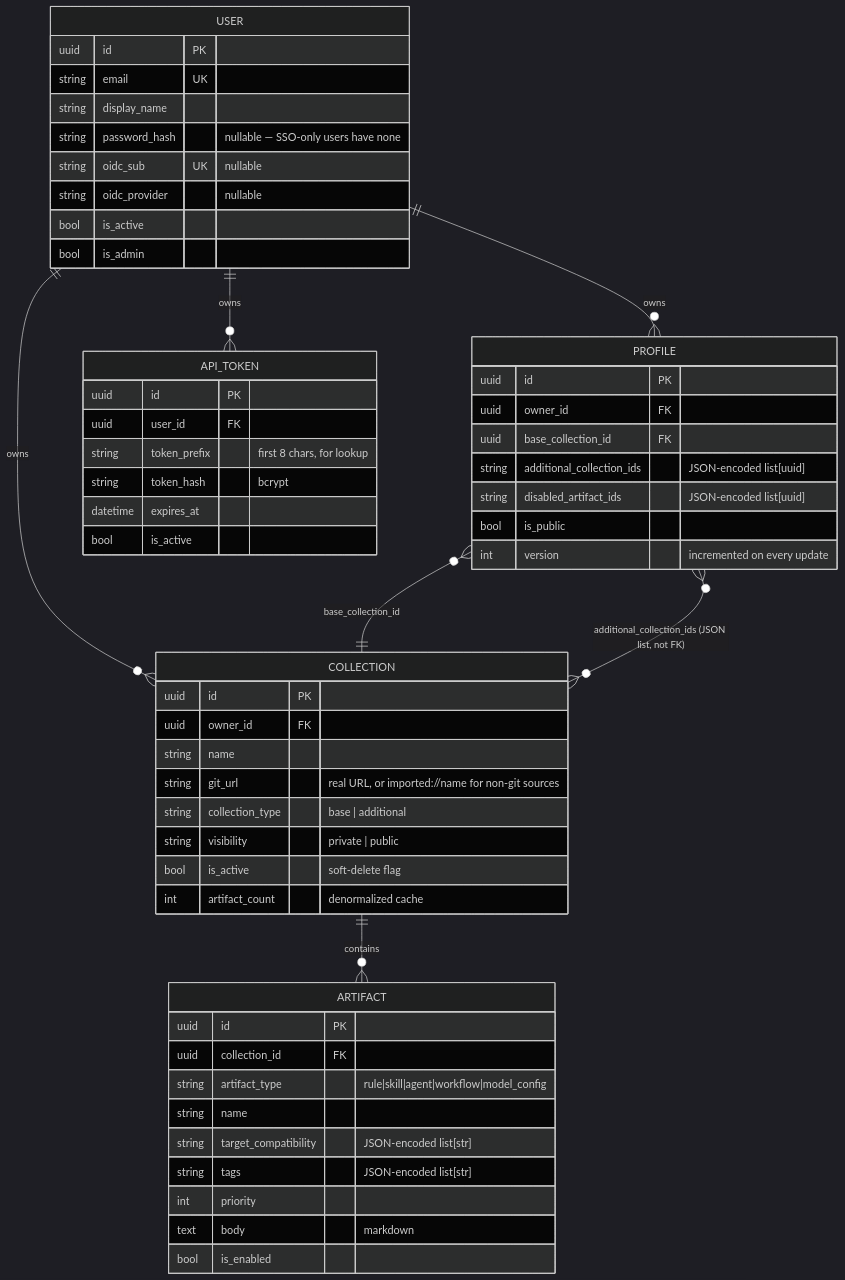
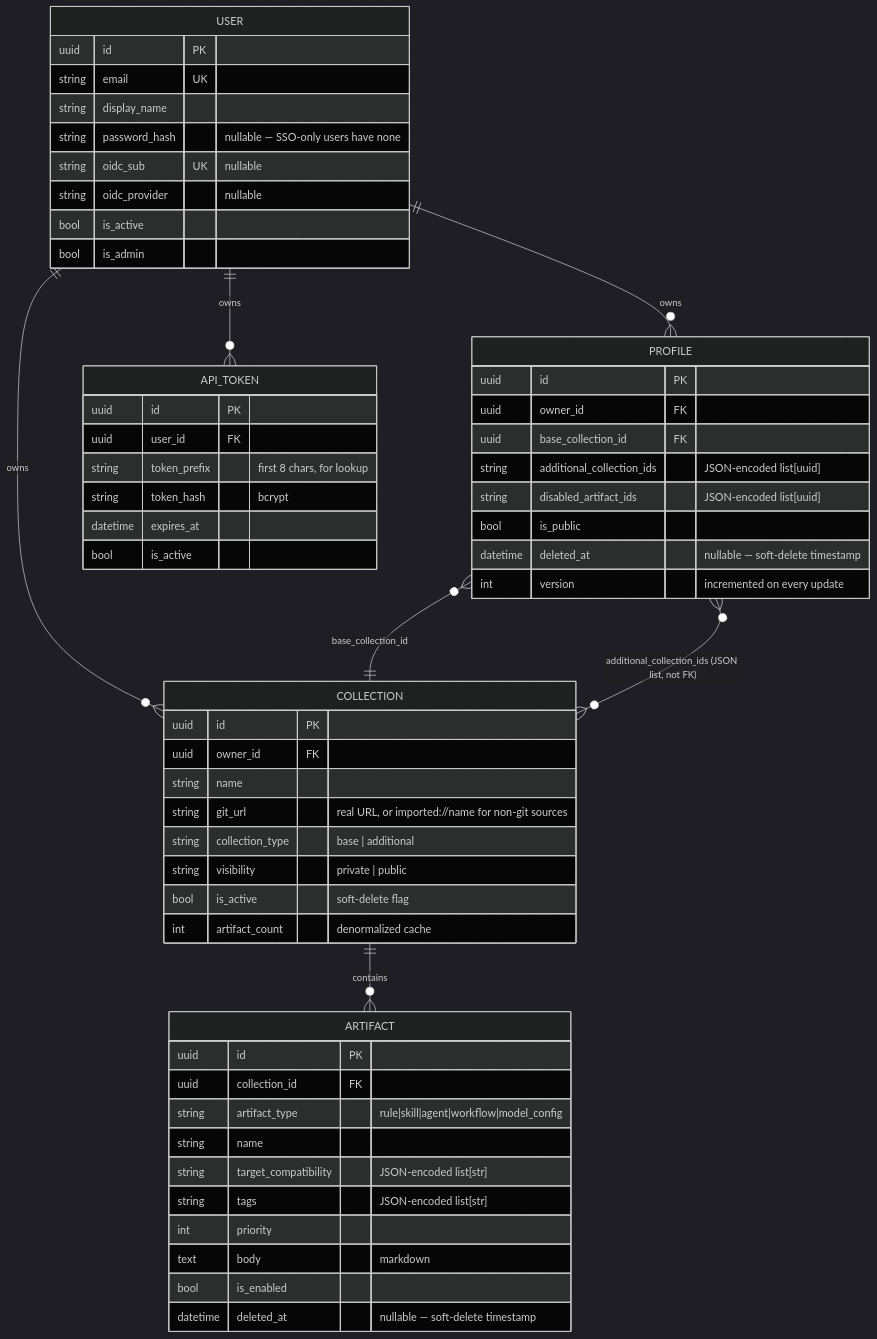
The diagram in docs/data-model.md (niels-emmer/myace), drawn with Mermaid (dark theme) before and after one commit. The commit also changed other lines of this file and 5 other files, not shown here.

````diff
--- a/docs/data-model.md
+++ b/docs/data-model.md
@@ -9,58 +9,60 @@
 ```mermaid
 erDiagram
     USER ||--o{ COLLECTION : owns
     USER ||--o{ PROFILE : owns
     USER ||--o{ API_TOKEN : owns
     COLLECTION ||--o{ ARTIFACT : contains
     PROFILE }o--|| COLLECTION : "base_collection_id"
     PROFILE }o--o{ COLLECTION : "additional_collection_ids (JSON list, not FK)"
 
     USER {
         uuid id PK
         string email UK
         string display_name
         string password_hash "nullable — SSO-only users have none"
         string oidc_sub UK "nullable"
         string oidc_provider "nullable"
         bool is_active
         bool is_admin
     }
     COLLECTION {
         uuid id PK
         uuid owner_id FK
         string name
         string git_url "real URL, or imported://name for non-git sources"
         string collection_type "base | additional"
         string visibility "private | public"
         bool is_active "soft-delete flag"
         int artifact_count "denormalized cache"
     }
     ARTIFACT {
         uuid id PK
         uuid collection_id FK
         string artifact_type "rule|skill|agent|workflow|model_config"
         string name
         string target_compatibility "JSON-encoded list[str]"
         string tags "JSON-encoded list[str]"
         int priority
         text body "markdown"
         bool is_enabled
+        datetime deleted_at "nullable — soft-delete timestamp"
     }
     PROFILE {
         uuid id PK
         uuid owner_id FK
         uuid base_collection_id FK
         string additional_collection_ids "JSON-encoded list[uuid]"
         string disabled_artifact_ids "JSON-encoded list[uuid]"
         bool is_public
+        datetime deleted_at "nullable — soft-delete timestamp"
         int version "incremented on every update"
     }
     API_TOKEN {
         uuid id PK
         uuid user_id FK
         string token_prefix "first 8 chars, for lookup"
         string token_hash "bcrypt"
         datetime expires_at
         bool is_active
     }
 ```
````
